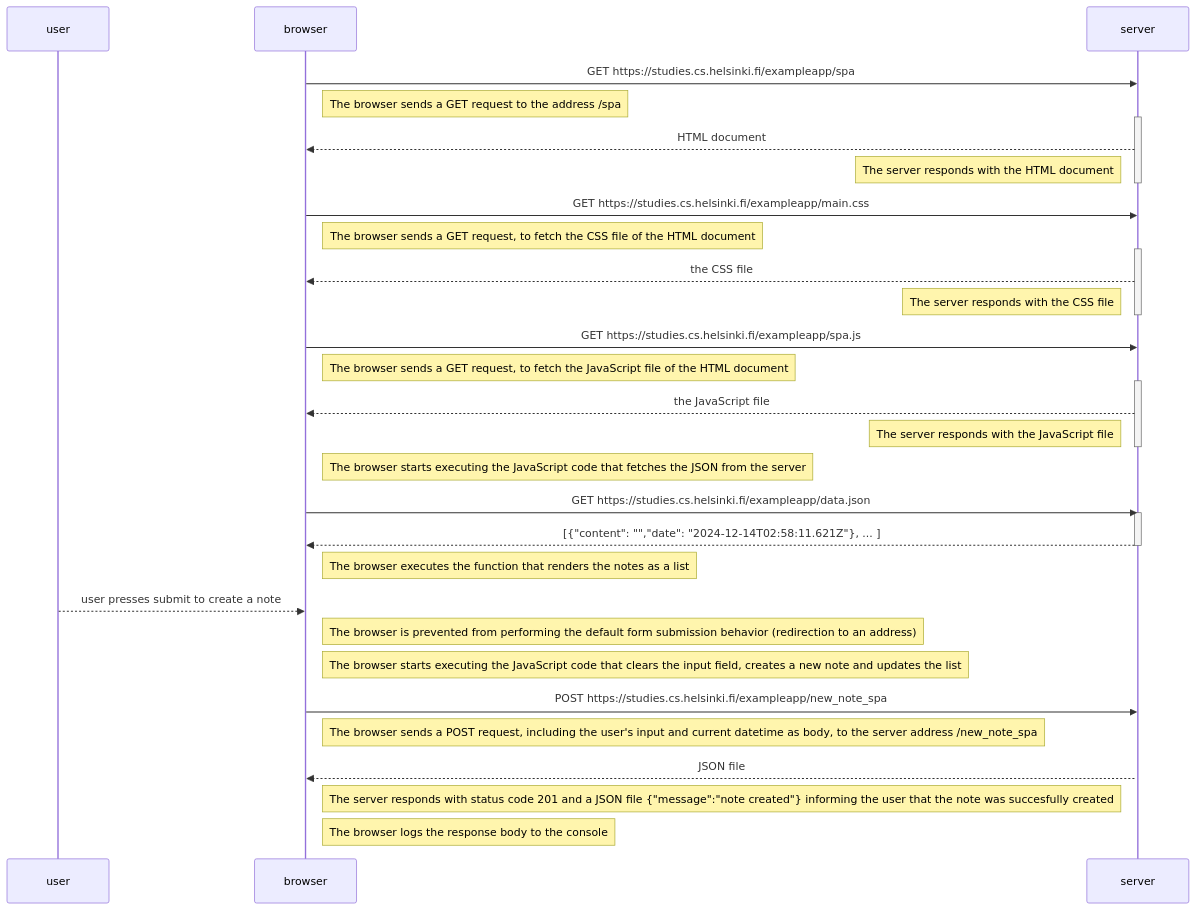
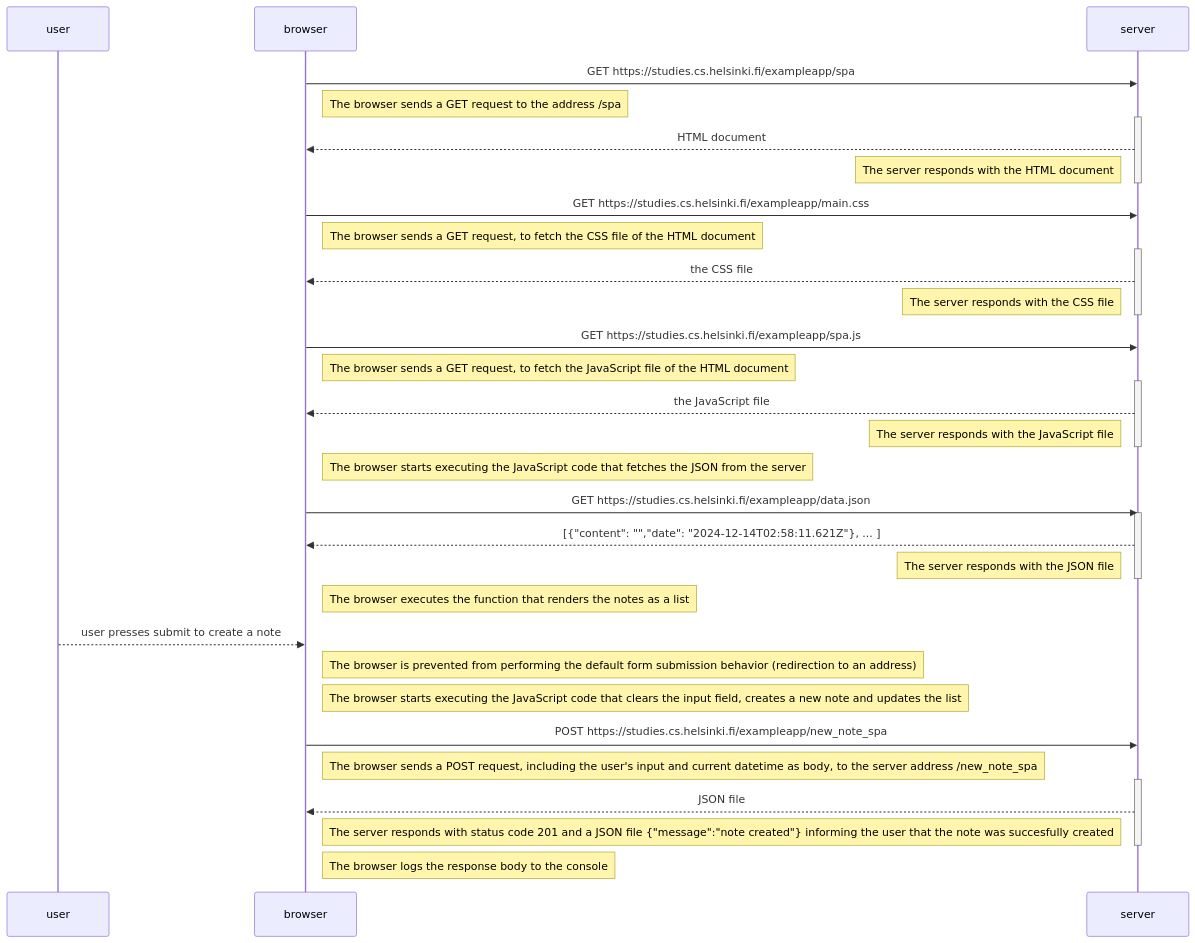
Before and after one commit to manosmin/fullstackopen: the diagram in part0/spa.md, drawn with Mermaid. The commit also changed 1 other file, not shown here.

Commit message:
part0 exercises

````diff
--- a/part0/spa.md
+++ b/part0/spa.md
@@ -1,39 +1,41 @@
 ```mermaid
 sequenceDiagram
     participant user
     participant browser
     participant server
     browser->>server: GET https://studies.cs.helsinki.fi/exampleapp/spa
     Note right of browser: The browser sends a GET request to the address /spa
     activate server
     server-->>browser: HTML document
     Note left of server: The server responds with the HTML document
     deactivate server
     browser->>server: GET https://studies.cs.helsinki.fi/exampleapp/main.css
     Note right of browser: The browser sends a GET request, to fetch the CSS file of the HTML document
     activate server
     server-->>browser: the CSS file
     Note left of server: The server responds with the CSS file
     deactivate server
     browser->>server: GET https://studies.cs.helsinki.fi/exampleapp/spa.js
     Note right of browser: The browser sends a GET request, to fetch the JavaScript file of the HTML document
     activate server
     server-->>browser: the JavaScript file
     Note left of server: The server responds with the JavaScript file
     deactivate server
     Note right of browser: The browser starts executing the JavaScript code that fetches the JSON from the server
     browser->>server: GET https://studies.cs.helsinki.fi/exampleapp/data.json
     activate server
     server-->>browser: [{"content": "","date": "2024-12-14T02:58:11.621Z"}, ... ]
+    Note left of server: The server responds with the JSON file
     deactivate server
     Note right of browser: The browser executes the function that renders the notes as a list
     user-->>browser: user presses submit to create a note
     Note right of browser: The browser is prevented from performing the default form submission behavior (redirection to an address)
     Note right of browser: The browser starts executing the JavaScript code that clears the input field, creates a new note and updates the list
     browser->>server: POST https://studies.cs.helsinki.fi/exampleapp/new_note_spa
     Note right of browser: The browser sends a POST request, including the user's input and current datetime as body, to the server address /new_note_spa
     activate server
     server-->>browser: JSON file
     Note left of server: The server responds with status code 201 and a JSON file {"message":"note created"} informing the user that the note was succesfully created
+    deactivate server
     Note right of browser: The browser logs the response body to the console
 ```
````
